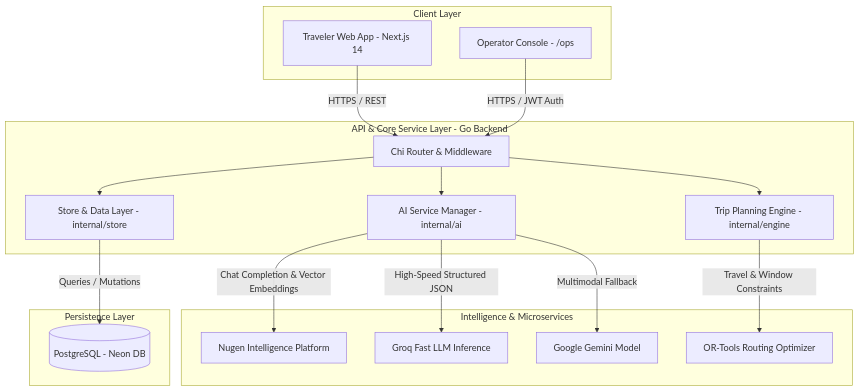
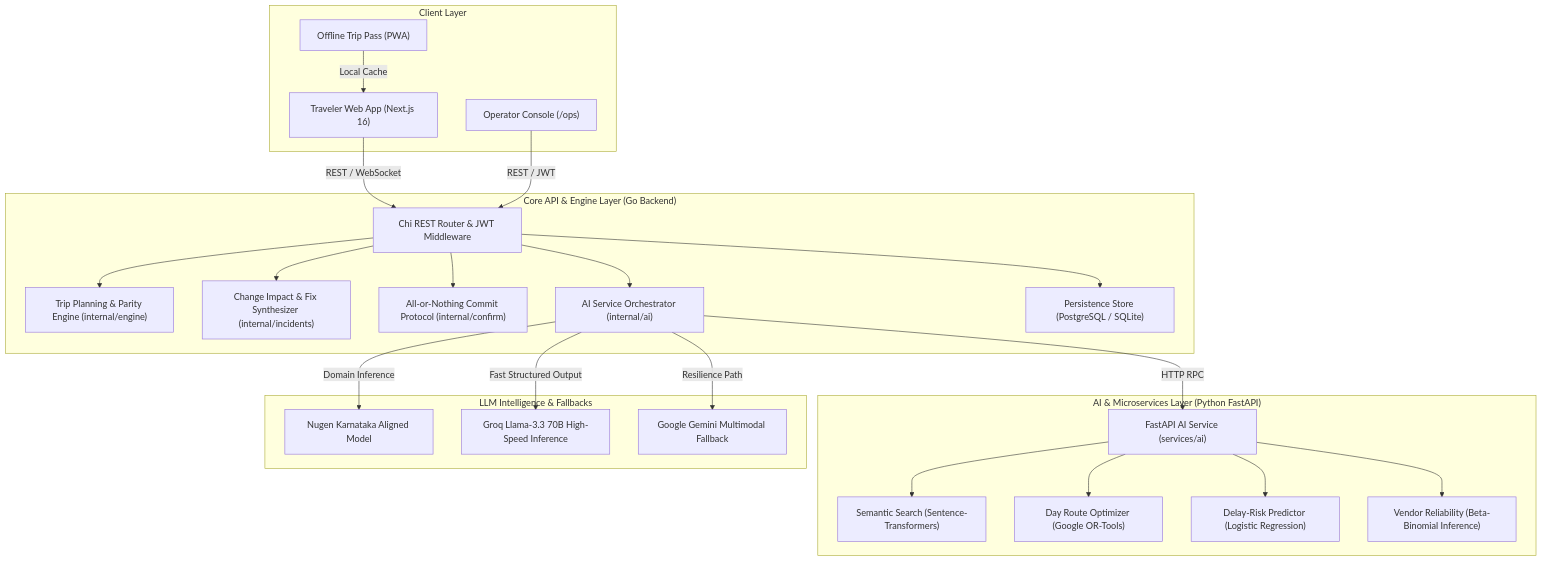
The first of 2 diagrams in README.md (ryuma04/prayaana), drawn with Mermaid before and after one commit. The commit also changed other lines of this file and 4 other files, not shown here.

````diff
--- a/README.md
+++ b/README.md
@@ -10,37 +56,51 @@
 ```mermaid
-graph TD
-    subgraph Client Layer
-        A[Traveler Web App - Next.js 14]
-        B[Operator Console - /ops]
+flowchart TD
+    subgraph ClientLayer ["Client Layer"]
+        A["Traveler Web App (Next.js 16)"]
+        B["Operator Console (/ops)"]
+        C["Offline Trip Pass (PWA)"]
     end
 
-    subgraph API & Core Service Layer - Go Backend
-        C[Chi Router & Middleware]
-        D[AI Service Manager - internal/ai]
-        E[Trip Planning Engine - internal/engine]
-        F[Store & Data Layer - internal/store]
+    subgraph CoreBackend ["Core API & Engine Layer (Go Backend)"]
+        D["Chi REST Router & JWT Middleware"]
+        E["Trip Planning & Parity Engine (internal/engine)"]
+        F["Change Impact & Fix Synthesizer (internal/incidents)"]
+        G["All-or-Nothing Commit Protocol (internal/confirm)"]
+        H["AI Service Orchestrator (internal/ai)"]
+        I["Persistence Store (PostgreSQL / SQLite)"]
     end
 
-    subgraph Intelligence & Microservices
-        G[Nugen Intelligence Platform]
-        H[Groq Fast LLM Inference]
-        I[Google Gemini Model]
-        J[OR-Tools Routing Optimizer]
+    subgraph PythonAI ["AI & Microservices Layer (Python FastAPI)"]
+        J["FastAPI AI Service (services/ai)"]
+        K["Semantic Search (Sentence-Transformers)"]
+        L["Day Route Optimizer (Google OR-Tools)"]
+        M["Delay-Risk Predictor (Logistic Regression)"]
+        N["Vendor Reliability (Beta-Binomial Inference)"]
     end
 
-    subgraph Persistence Layer
-        K[(PostgreSQL - Neon DB)]
+    subgraph LLMProviders ["LLM Intelligence & Fallbacks"]
+        O["Nugen Karnataka Aligned Model"]
+        P["Groq Llama-3.3 70B High-Speed Inference"]
+        Q["Google Gemini Multimodal Fallback"]
     end
 
-    A -->|HTTPS / REST| C
-    B -->|HTTPS / JWT Auth| C
-    C --> D
-    C --> E
-    C --> F
-    
-    D -->|Chat Completion & Vector Embeddings| G
-    D -->|High-Speed Structured JSON| H
-    D -->|Multimodal Fallback| I
-    E -->|Travel & Window Constraints| J
-    F -->|Queries / Mutations| K
+    A -->|REST / WebSocket| D
+    B -->|REST / JWT| D
+    C -->|Local Cache| A
+
+    D --> E
+    D --> F
+    D --> G
+    D --> H
+    D --> I
+
+    H -->|HTTP RPC| J
+    H -->|Domain Inference| O
+    H -->|Fast Structured Output| P
+    H -->|Resilience Path| Q
+
+    J --> K
+    J --> L
+    J --> M
+    J --> N
 ```
````
